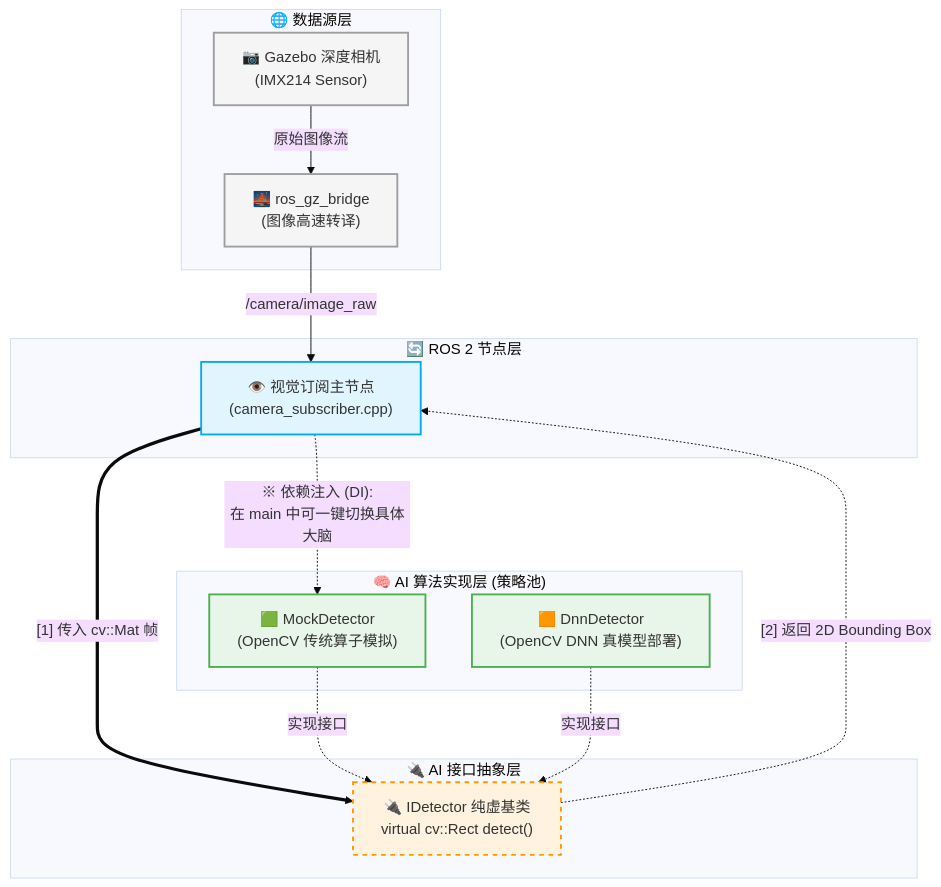
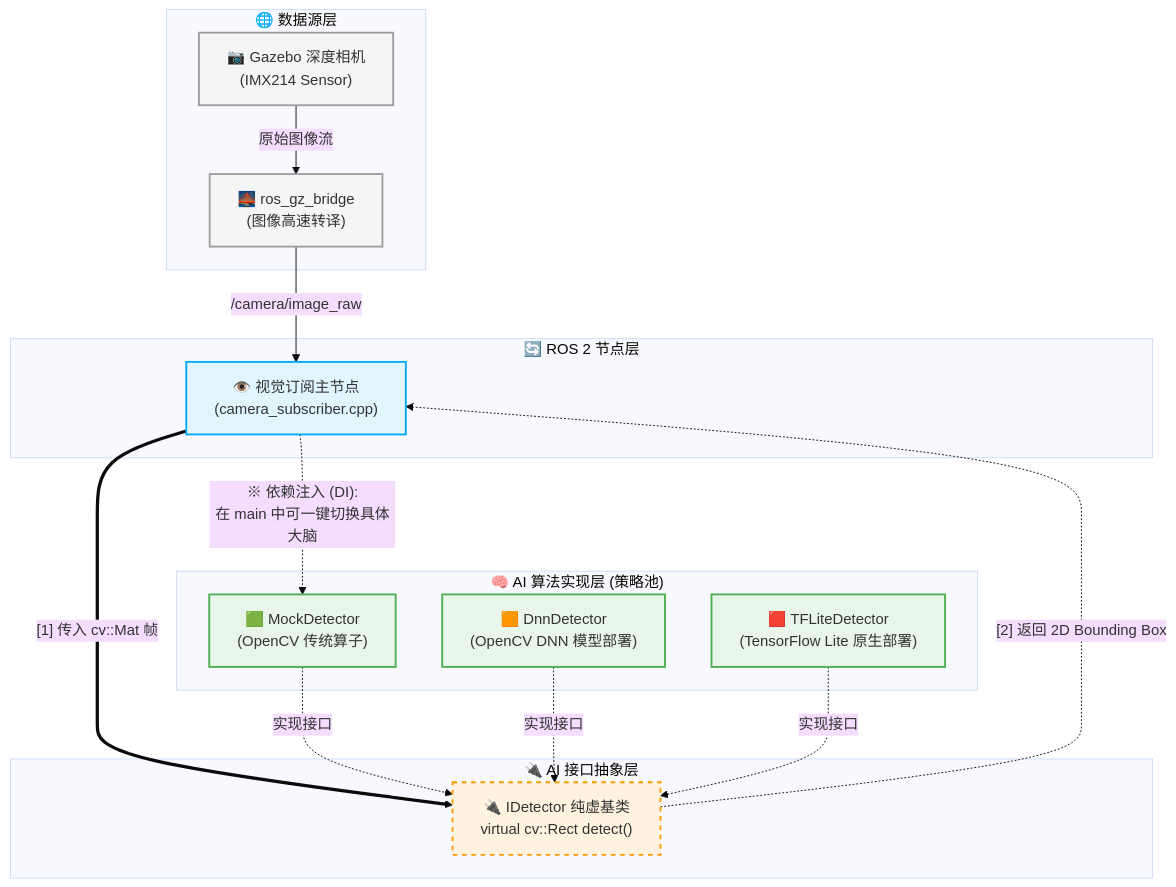
One commit to xinfangshi/uav_inspection_ros2 changed the third of 3 diagrams in README.md. Above: the diagram before and after it, drawn with Mermaid (base theme). The commit also changed other lines of this file, not shown here.

````diff
--- a/README.md
+++ b/README.md
@@ -108,37 +108,39 @@
 ```mermaid
 graph TD
     classDef ros fill:#e1f5fe,stroke:#03a9f4,stroke-width:2px;
     classDef interface fill:#fff3e0,stroke:#ff9800,stroke-width:2px,stroke-dasharray: 5 5;
     classDef algo fill:#e8f5e9,stroke:#4caf50,stroke-width:2px;
     classDef sim fill:#f5f5f5,stroke:#9e9e9e,stroke-width:2px;
 
     subgraph "🌐 数据源层"
         GazeboCam["📷 Gazebo 深度相机<br>(IMX214 Sensor)"]:::sim
         GZBridge["🌉 ros_gz_bridge<br>(图像高速转译)"]:::sim
     end
 
     subgraph "🔄 ROS 2 节点层"
         CamNode["👁️ 视觉订阅主节点<br>(camera_subscriber.cpp)"]:::ros
     end
 
     subgraph "🔌 AI 接口抽象层"
         IDetector["🔌 IDetector 纯虚基类<br>virtual cv::Rect detect()"]:::interface
     end
 
     subgraph "🧠 AI 算法实现层 (策略池)"
-        MockAI["🟩 MockDetector<br>(OpenCV 传统算子模拟)"]:::algo
-        DnnAI["🟧 DnnDetector<br>(OpenCV DNN 真模型部署)"]:::algo
+        MockAI["🟩 MockDetector<br>(OpenCV 传统算子)"]:::algo
+        DnnAI["🟧 DnnDetector<br>(OpenCV DNN 模型部署)"]:::algo
+        TFLiteAI["🟥 TFLiteDetector<br>(TensorFlow Lite 原生部署)"]:::algo
     end
 
     %% 连线
     GazeboCam -->|"原始图像流"| GZBridge
     GZBridge -->|"/camera/image_raw"| CamNode
     
     CamNode ==>|"[1] 传入 cv::Mat 帧"| IDetector
     IDetector -.->|"[2] 返回 2D Bounding Box"| CamNode
     
     MockAI -.->|"实现接口"| IDetector
     DnnAI -.->|"实现接口"| IDetector
+    TFLiteAI -.->|"实现接口"| IDetector
     
     CamNode -.->|"※ 依赖注入 (DI):<br>在 main 中可一键切换具体大脑"| MockAI
 ```
````
